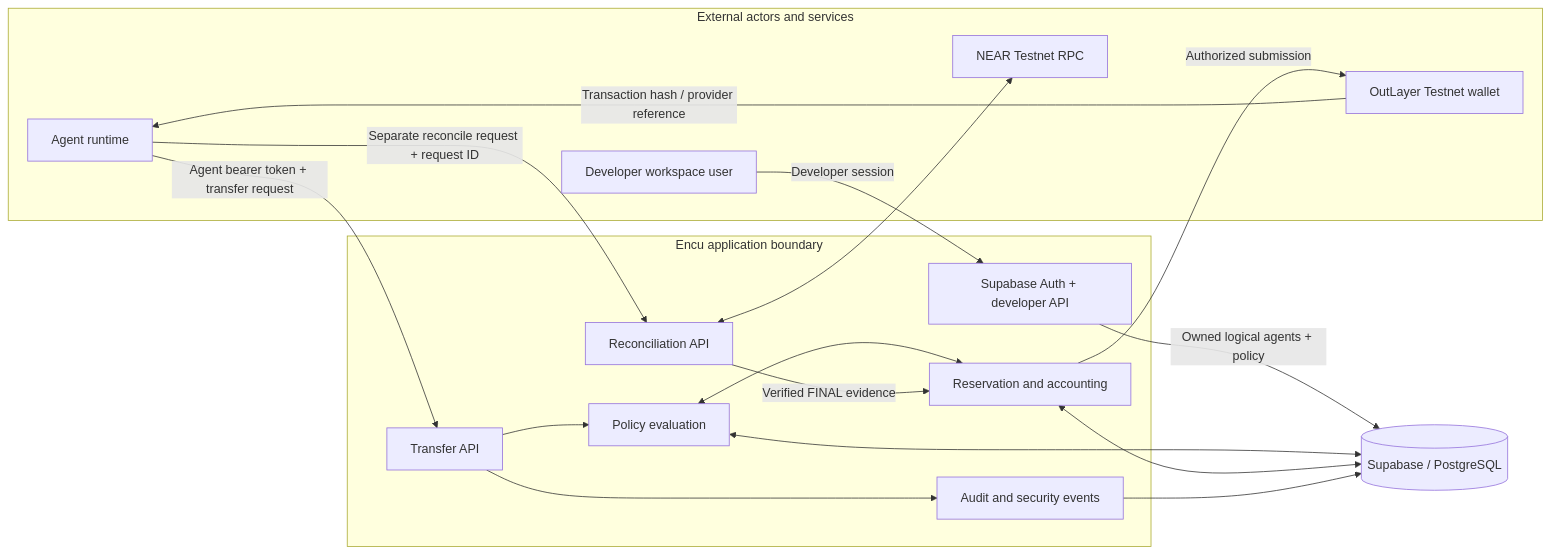
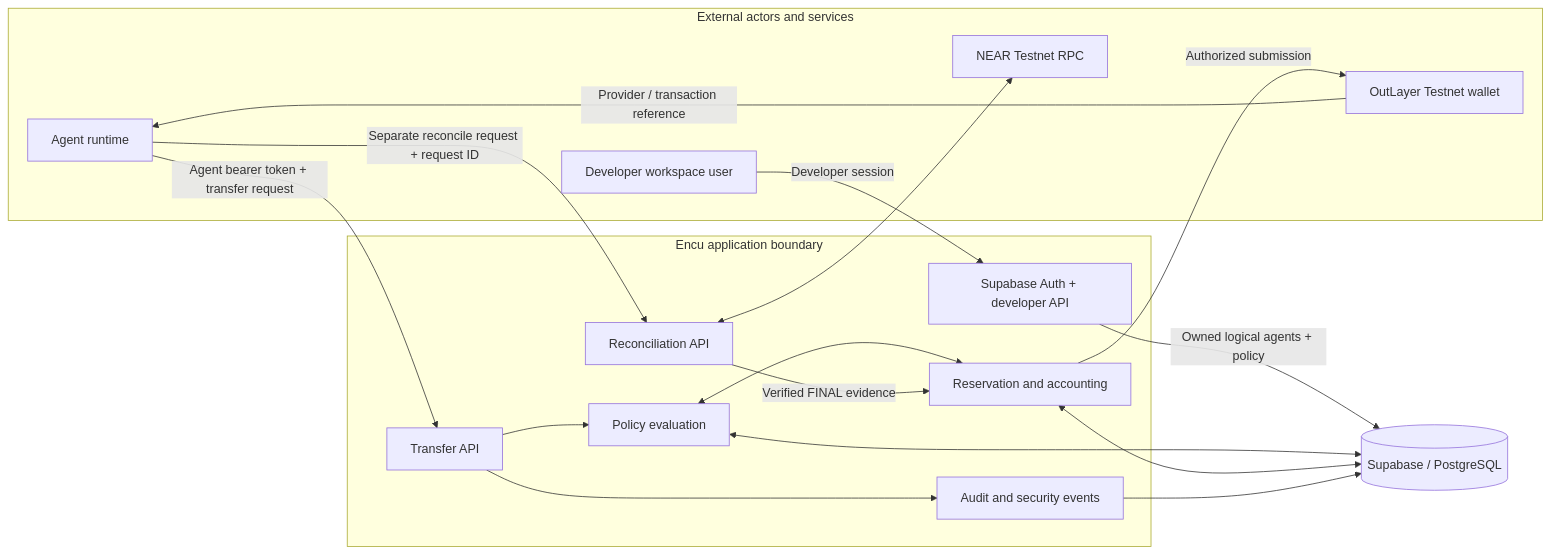
Before and after one commit to BigWave45/Encu: the first of 3 diagrams in docs/ARCHITECTURE.md, drawn with Mermaid. The commit also changed other lines of this file, not shown here.

Commit message:
Document provider-independent target architecture

````diff
--- a/docs/ARCHITECTURE.md
+++ b/docs/ARCHITECTURE.md
@@ -7,32 +11,32 @@
 ```mermaid
 flowchart LR
     subgraph External["External actors and services"]
       DEV["Developer workspace user"]
       AG["Agent runtime"]
       OL["OutLayer Testnet wallet"]
       RPC["NEAR Testnet RPC"]
     end
     subgraph ENCU["Encu application boundary"]
       AUTH["Supabase Auth + developer API"]
       API["Transfer API"]
       POLICY["Policy evaluation"]
       LEDGER["Reservation and accounting"]
       RECON["Reconciliation API"]
       AUDIT["Audit and security events"]
     end
     DB[("Supabase / PostgreSQL")]
     DEV -->|"Developer session"| AUTH
     AUTH -->|"Owned logical agents + policy"| DB
     AG -->|"Agent bearer token + transfer request"| API
     API --> POLICY
     POLICY <--> LEDGER
     POLICY <--> DB
     LEDGER <--> DB
     API --> AUDIT
     AUDIT --> DB
     LEDGER -->|"Authorized submission"| OL
-    OL -->|"Transaction hash / provider reference"| AG
+    OL -->|"Provider / transaction reference"| AG
     AG -->|"Separate reconcile request + request ID"| RECON
     RECON <--> RPC
     RECON -->|"Verified FINAL evidence"| LEDGER
 ```
````
